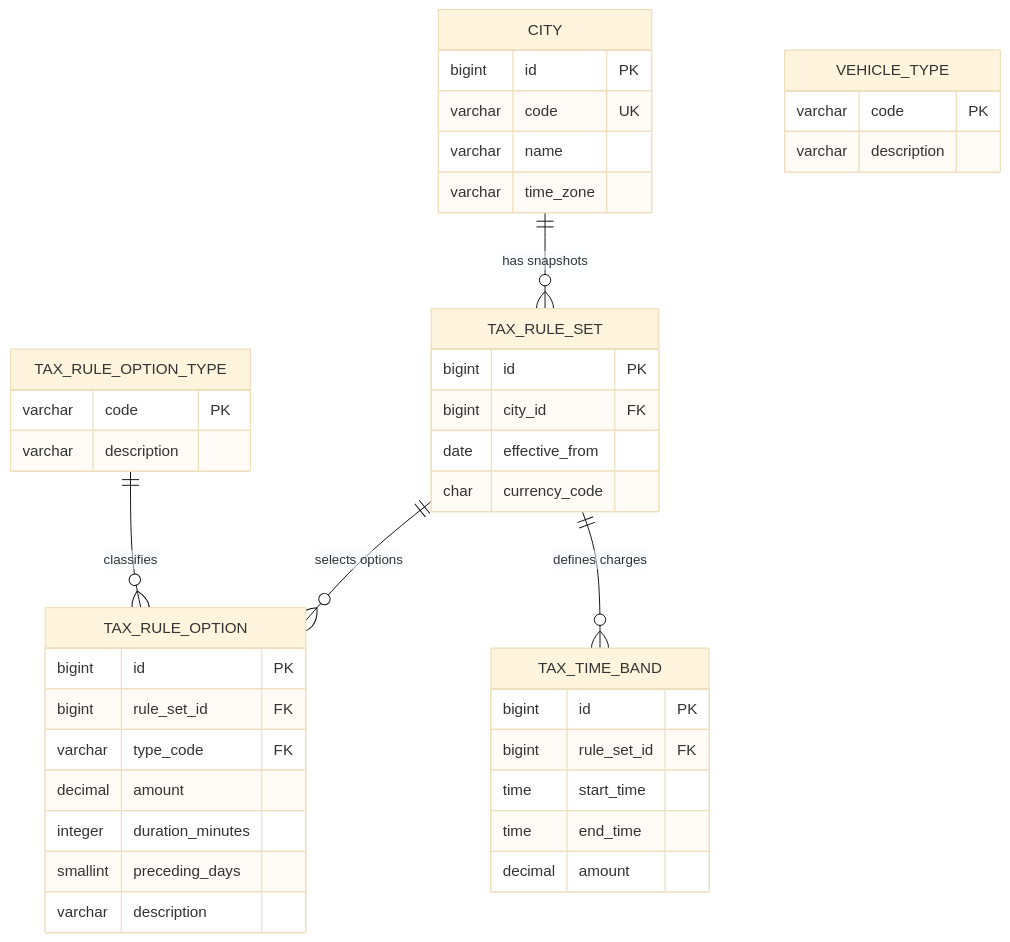
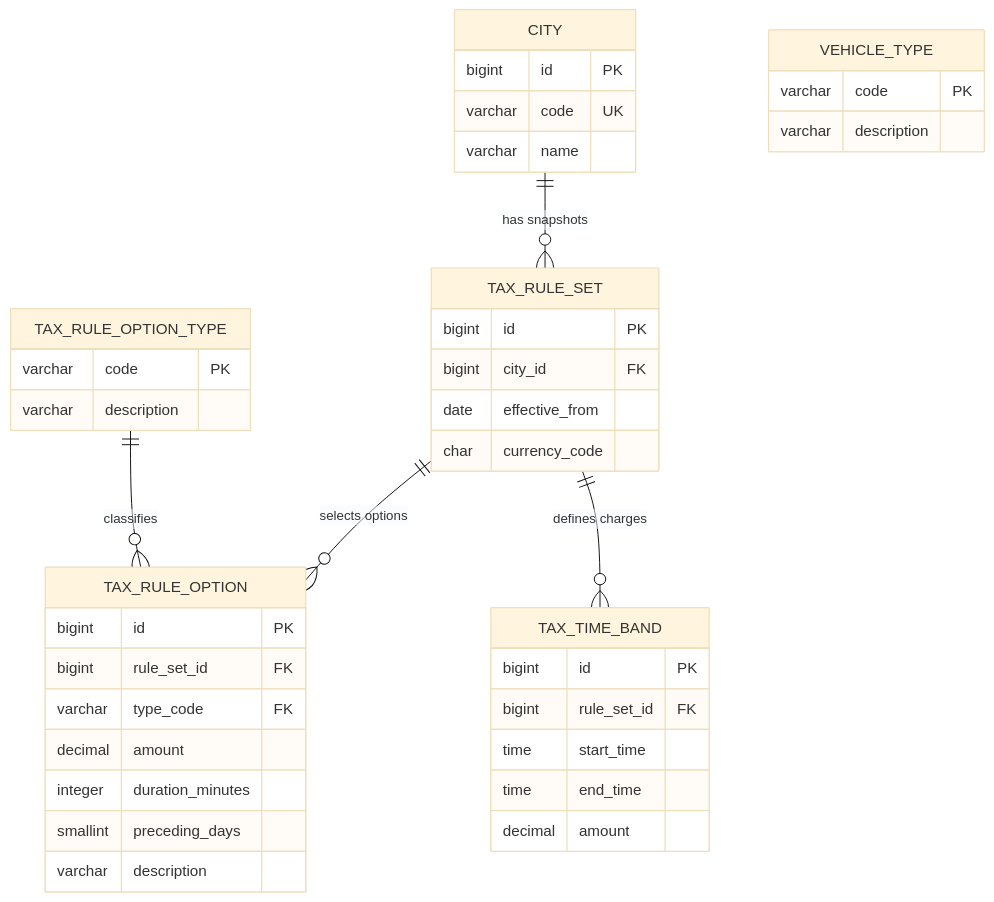
Before and after one commit to igrgin/congestion-tax-calculator: the diagram in docs/design/persistence.md, drawn with Mermaid (base theme). The commit also changed other lines of this file and 42 other files, not shown here.

````diff
--- a/docs/design/persistence.md
+++ b/docs/design/persistence.md
@@ -7,49 +7,48 @@
 ```mermaid
 erDiagram
     CITY {
         bigint id PK
         varchar code UK
         varchar name
-        varchar time_zone
     }
 
     VEHICLE_TYPE {
         varchar code PK
         varchar description
     }
 
     TAX_RULE_SET {
         bigint id PK
         bigint city_id FK
         date effective_from
         char currency_code
     }
 
     TAX_RULE_OPTION_TYPE {
         varchar code PK
         varchar description
     }
 
     TAX_RULE_OPTION {
         bigint id PK
         bigint rule_set_id FK
         varchar type_code FK
         decimal amount
         integer duration_minutes
         smallint preceding_days
         varchar description
     }
 
     TAX_TIME_BAND {
         bigint id PK
         bigint rule_set_id FK
         time start_time
         time end_time
         decimal amount
     }
 
     CITY ||--o{ TAX_RULE_SET : "has snapshots"
     TAX_RULE_SET ||--o{ TAX_RULE_OPTION : "selects options"
     TAX_RULE_OPTION_TYPE ||--o{ TAX_RULE_OPTION : "classifies"
     TAX_RULE_SET ||--o{ TAX_TIME_BAND : "defines charges"
 ```
````
